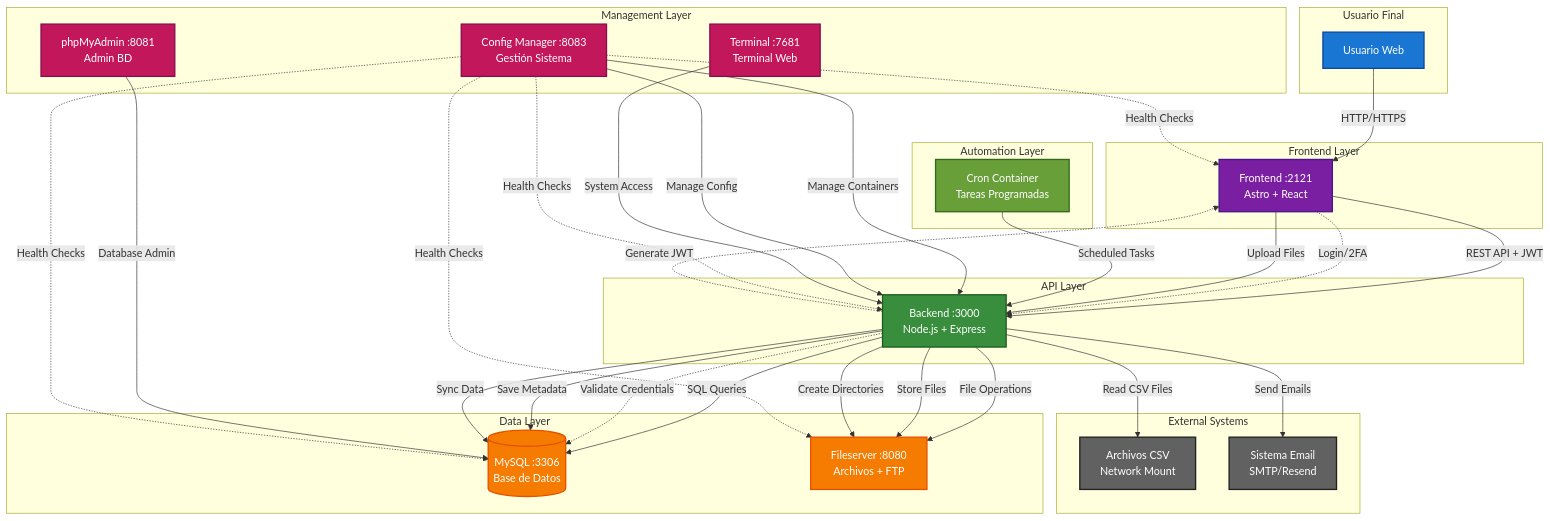
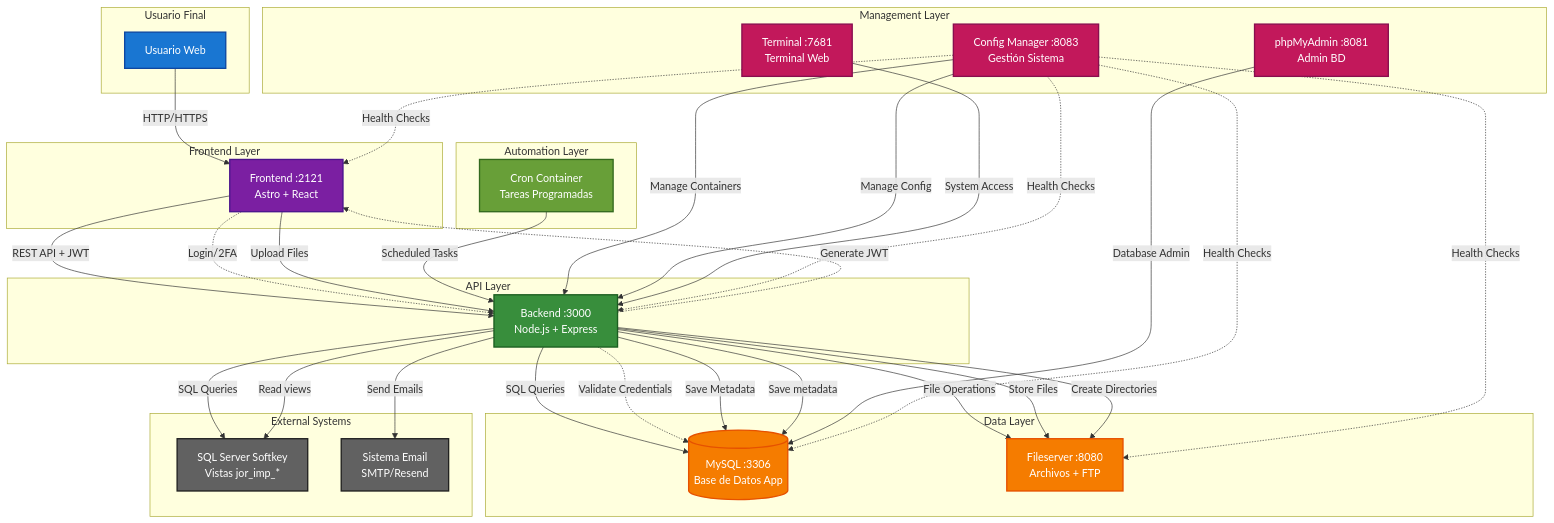
The first of 7 diagrams in FLUJOS_SISTEMA.md (Nicetm/Gelymar-Platform), drawn with Mermaid before and after one commit. The commit also changed other lines of this file and 72 other files, not shown here.

````diff
--- a/FLUJOS_SISTEMA.md
+++ b/FLUJOS_SISTEMA.md
@@ -37,7 +37,7 @@
     end
     
     subgraph "Data Layer"
-        DB[(MySQL :3306<br/>Base de Datos)]
+        DB[(MySQL :3306<br/>Base de Datos App)]
         FS[Fileserver :8080<br/>Archivos + FTP]
     end
     
@@ -52,7 +52,7 @@
     end
     
     subgraph "External Systems"
-        CSV[Archivos CSV<br/>Network Mount]
+        SQLSRV[SQL Server Softkey<br/>Vistas jor_imp_*]
         EMAIL[Sistema Email<br/>SMTP/Resend]
     end
     
@@ -60,6 +60,7 @@
     U -->|HTTP/HTTPS| F
     F -->|REST API + JWT| B
     B -->|SQL Queries| DB
+    B -->|SQL Queries| SQLSRV
     B -->|File Operations| FS
     
     %% Flujo de autenticación
@@ -74,8 +75,8 @@
     
     %% Flujo de sincronización automática
     C -->|Scheduled Tasks| B
-    B -->|Read CSV Files| CSV
-    B -->|Sync Data| DB
+    B -->|Read views| SQLSRV
+    B -->|Save metadata| DB
     B -->|Create Directories| FS
     
     %% Flujo de notificaciones
@@ -108,5 +109,5 @@
     class DB,FS dataLayer
     class CM,PM,T managementLayer
     class C automationLayer
-    class CSV,EMAIL externalLayer
+    class SQLSRV,EMAIL externalLayer
 ```
````
